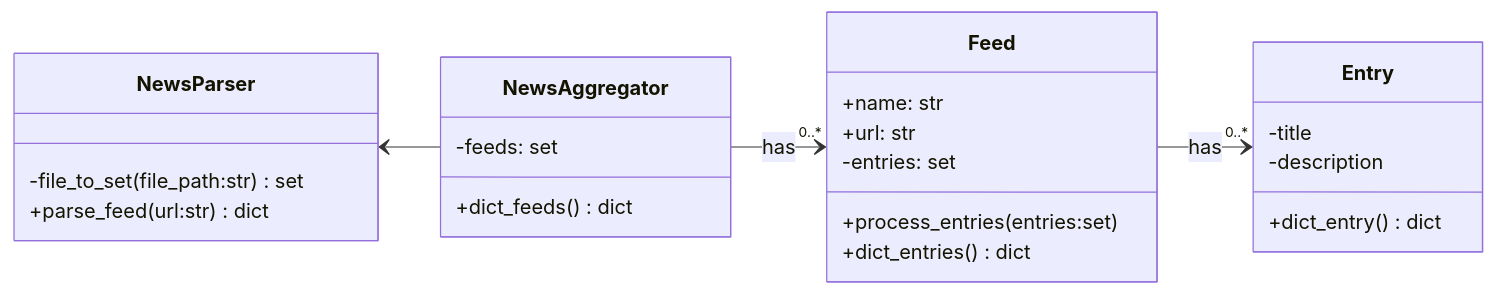
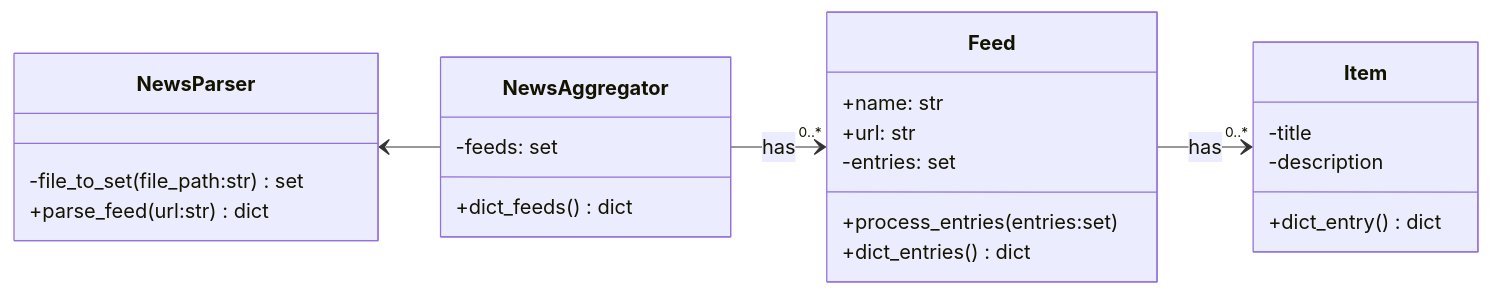
The second of 3 diagrams in LOG.md (samuelgrootwassink/rt-event-tracker), drawn with Mermaid before and after one commit. The commit also changed other lines of this file and 8 other files, not shown here.

````diff
--- a/LOG.md
+++ b/LOG.md
@@ -82,37 +82,37 @@
 ```mermaid
 classDiagram 
 direction LR
 
 class NewsParser{
     -file_to_set(file_path:str) set
     +parse_feed(url:str) dict
     
 }
 
 class NewsAggregator{
     -feeds: set
     +dict_feeds() dict
 
 }
 
 class Feed{
     +name: str
     +url: str
     -entries: set
 
     +process_entries(entries:set)
     +dict_entries() dict
 }
 
 
-class Entry{
+class Item{
     -title
     -description
     
     +dict_entry() dict
 }
 NewsParser <-- NewsAggregator
 NewsAggregator  --> "0..*" Feed : has
-Feed  --> "0..*" Entry : has
+Feed  --> "0..*" Item : has
 
 ```
````
